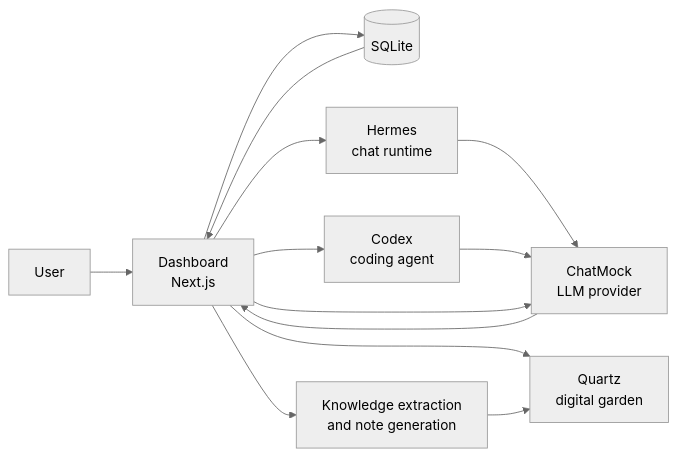
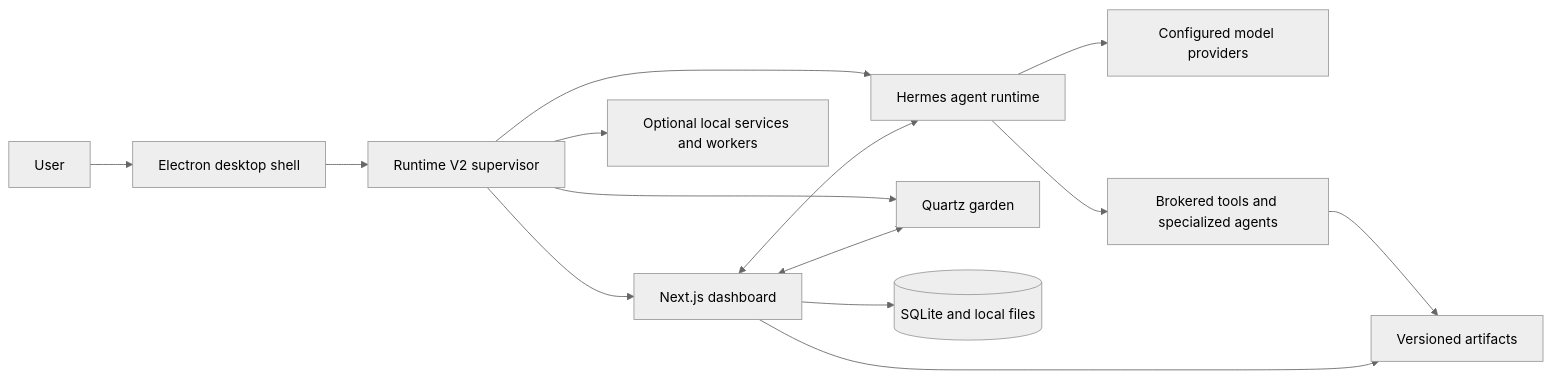
One commit to kuzeyatay/breadboard changed the diagram in README.md. Above: the diagram before and after it, drawn with Mermaid (neutral theme). The commit also changed other lines of this file, not shown here.

````diff
--- a/README.md
+++ b/README.md
@@ -118,16 +79,17 @@
 ```mermaid
 flowchart LR
-    U[User] --> D[Dashboard<br/>Next.js]
-    D --> DB[(SQLite)]
-    D --> H[Hermes<br/>chat runtime]
-    H --> CM[ChatMock<br/>LLM provider]
-    D --> C[Codex<br/>coding agent]
-    C --> CM
-    D --> CM
-    D --> Q[Quartz<br/>digital garden]
-    D --> KG[Knowledge extraction<br/>and note generation]
+    User[User] --> Desktop[Electron desktop shell]
+    Desktop --> Runtime[Runtime V2 supervisor]
+    Runtime --> Dashboard[Next.js dashboard]
+    Runtime --> Hermes[Hermes agent runtime]
+    Runtime --> Quartz[Quartz garden]
+    Runtime --> Services[Optional local services and workers]
 
-    KG --> Q
-    DB --> D
-    CM --> D
+    Dashboard --> SQLite[(SQLite and local files)]
+    Dashboard <--> Hermes
+    Dashboard <--> Quartz
+    Hermes --> Providers[Configured model providers]
+    Hermes --> Tools[Brokered tools and specialized agents]
+    Tools --> Artifacts[Versioned artifacts]
+    Dashboard --> Artifacts
 ```
````
